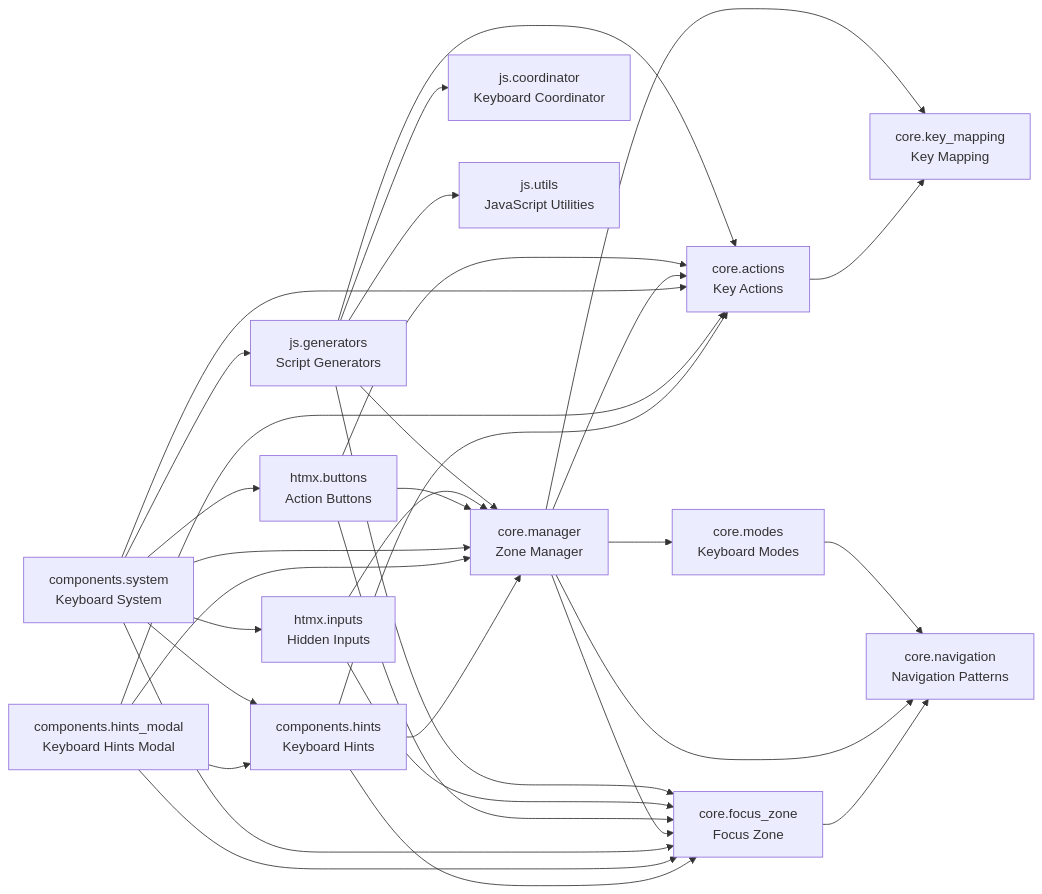
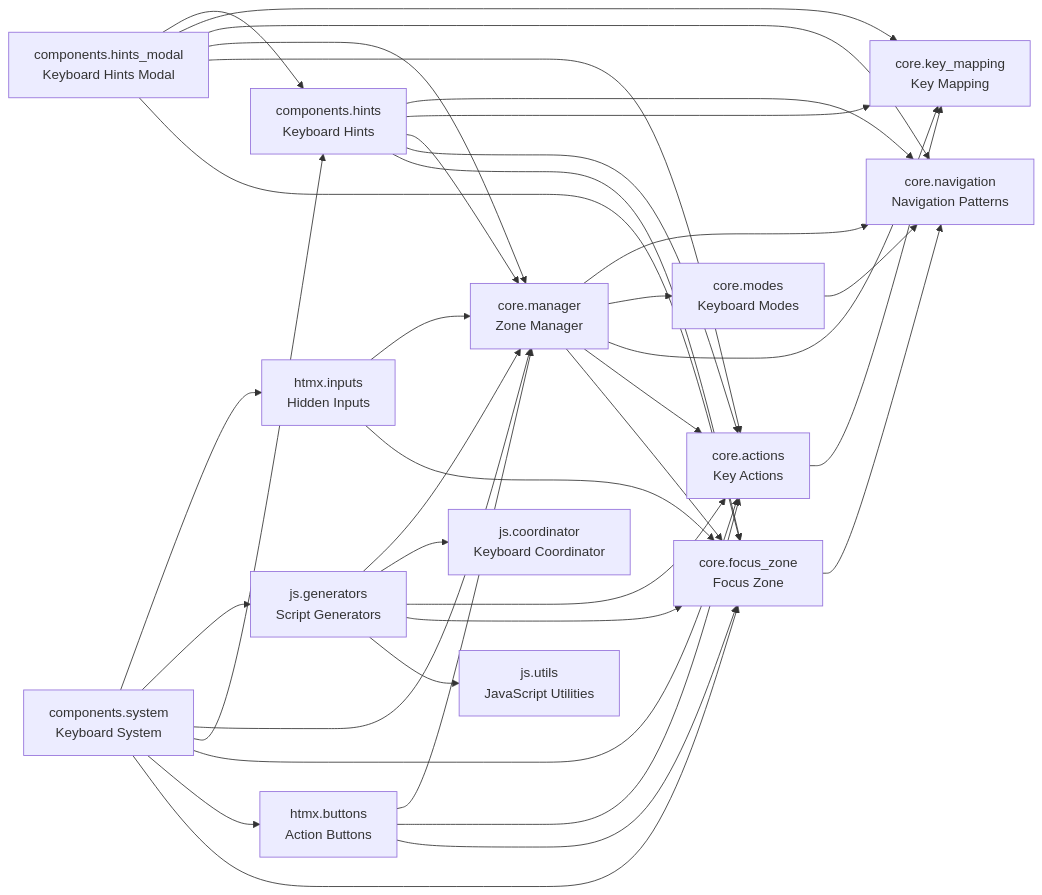
One commit to cj-mills/cjm-fasthtml-keyboard-navigation changed the diagram in README.md. Above: the diagram before and after it, drawn with Mermaid. The commit also changed other lines of this file and 8 other files, not shown here.

````diff
--- a/README.md
+++ b/README.md
@@ -38,50 +38,54 @@
 ``` mermaid
 graph LR
     components_hints[components.hints<br/>Keyboard Hints]
     components_hints_modal[components.hints_modal<br/>Keyboard Hints Modal]
     components_system[components.system<br/>Keyboard System]
     core_actions[core.actions<br/>Key Actions]
     core_focus_zone[core.focus_zone<br/>Focus Zone]
     core_key_mapping[core.key_mapping<br/>Key Mapping]
     core_manager[core.manager<br/>Zone Manager]
     core_modes[core.modes<br/>Keyboard Modes]
     core_navigation[core.navigation<br/>Navigation Patterns]
     htmx_buttons[htmx.buttons<br/>Action Buttons]
     htmx_inputs[htmx.inputs<br/>Hidden Inputs]
     js_coordinator[js.coordinator<br/>Keyboard Coordinator]
     js_generators[js.generators<br/>Script Generators]
     js_utils[js.utils<br/>JavaScript Utilities]
 
-    components_hints --> core_focus_zone
+    components_hints --> core_navigation
+    components_hints --> core_key_mapping
     components_hints --> core_manager
     components_hints --> core_actions
+    components_hints --> core_focus_zone
+    components_hints_modal --> components_hints
+    components_hints_modal --> core_key_mapping
+    components_hints_modal --> core_navigation
+    components_hints_modal --> core_manager
+    components_hints_modal --> core_actions
     components_hints_modal --> core_focus_zone
-    components_hints_modal --> core_manager
-    components_hints_modal --> components_hints
-    components_hints_modal --> core_actions
+    components_system --> htmx_inputs
+    components_system --> js_generators
+    components_system --> core_manager
     components_system --> components_hints
-    components_system --> htmx_inputs
     components_system --> core_actions
-    components_system --> js_generators
+    components_system --> htmx_buttons
     components_system --> core_focus_zone
-    components_system --> core_manager
-    components_system --> htmx_buttons
     core_actions --> core_key_mapping
     core_focus_zone --> core_navigation
     core_manager --> core_navigation
+    core_manager --> core_modes
     core_manager --> core_key_mapping
-    core_manager --> core_modes
     core_manager --> core_actions
     core_manager --> core_focus_zone
     core_modes --> core_navigation
+    htmx_buttons --> core_manager
     htmx_buttons --> core_actions
     htmx_buttons --> core_focus_zone
-    htmx_buttons --> core_manager
+    htmx_inputs --> core_manager
     htmx_inputs --> core_focus_zone
-    htmx_inputs --> core_manager
+    js_generators --> core_manager
     js_generators --> js_coordinator
     js_generators --> core_actions
     js_generators --> core_focus_zone
-    js_generators --> core_manager
     js_generators --> js_utils
 ```
````
